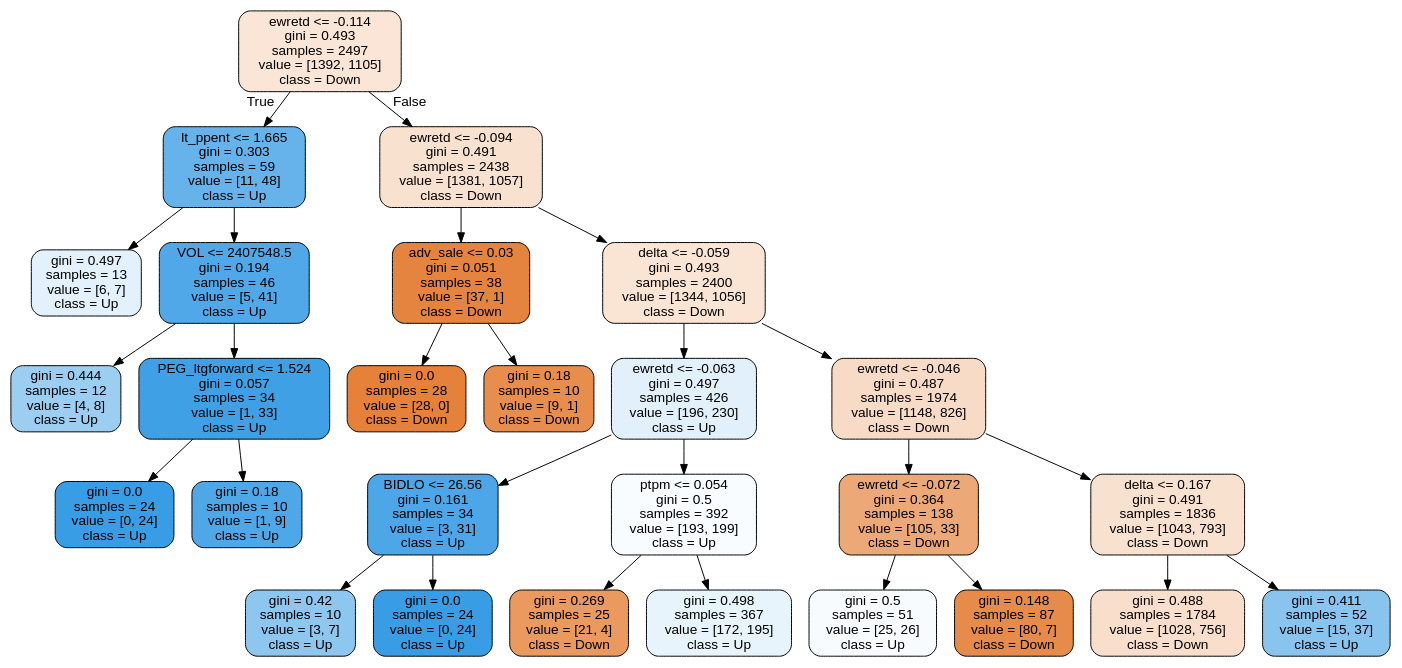
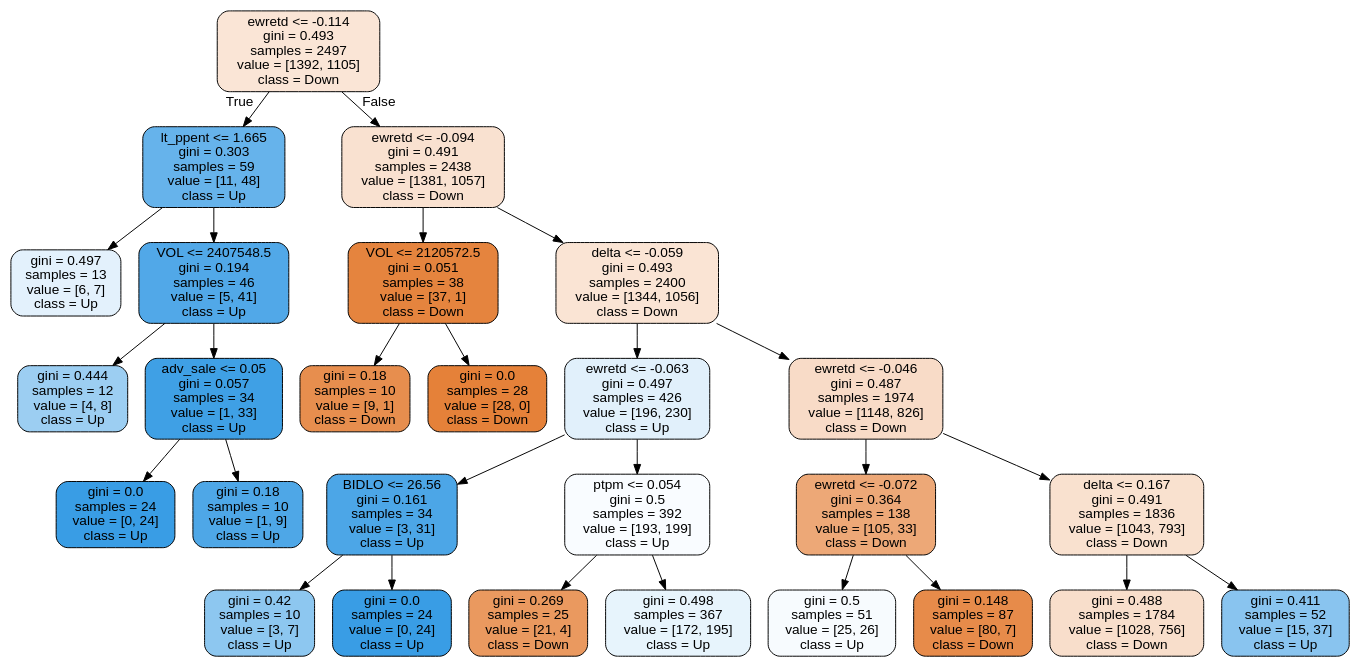
The diagram in tree.dot (bjeffr/Intro_to_Machine_Learning_Group_4), drawn with Graphviz before and after one commit. The commit also changed 2 other files, not shown here.

```diff
--- a/tree.dot
+++ b/tree.dot
@@ -1,57 +1,57 @@
 digraph Tree {
 node [shape=box, style="filled, rounded", color="black", fontname=helvetica] ;
 edge [fontname=helvetica] ;
 0 [label="ewretd <= -0.114\ngini = 0.493\nsamples = 2497\nvalue = [1392, 1105]\nclass = Down", fillcolor="#e5813935"] ;
 1 [label="lt_ppent <= 1.665\ngini = 0.303\nsamples = 59\nvalue = [11, 48]\nclass = Up", fillcolor="#399de5c5"] ;
 0 -> 1 [labeldistance=2.5, labelangle=45, headlabel="True"] ;
 2 [label="gini = 0.497\nsamples = 13\nvalue = [6, 7]\nclass = Up", fillcolor="#399de524"] ;
 1 -> 2 ;
 3 [label="VOL <= 2407548.5\ngini = 0.194\nsamples = 46\nvalue = [5, 41]\nclass = Up", fillcolor="#399de5e0"] ;
 1 -> 3 ;
 4 [label="gini = 0.444\nsamples = 12\nvalue = [4, 8]\nclass = Up", fillcolor="#399de57f"] ;
 3 -> 4 ;
-5 [label="PEG_ltgforward <= 1.524\ngini = 0.057\nsamples = 34\nvalue = [1, 33]\nclass = Up", fillcolor="#399de5f7"] ;
+5 [label="adv_sale <= 0.05\ngini = 0.057\nsamples = 34\nvalue = [1, 33]\nclass = Up", fillcolor="#399de5f7"] ;
 3 -> 5 ;
 6 [label="gini = 0.0\nsamples = 24\nvalue = [0, 24]\nclass = Up", fillcolor="#399de5ff"] ;
 5 -> 6 ;
 7 [label="gini = 0.18\nsamples = 10\nvalue = [1, 9]\nclass = Up", fillcolor="#399de5e3"] ;
 5 -> 7 ;
 8 [label="ewretd <= -0.094\ngini = 0.491\nsamples = 2438\nvalue = [1381, 1057]\nclass = Down", fillcolor="#e581393c"] ;
 0 -> 8 [labeldistance=2.5, labelangle=-45, headlabel="False"] ;
-9 [label="adv_sale <= 0.03\ngini = 0.051\nsamples = 38\nvalue = [37, 1]\nclass = Down", fillcolor="#e58139f8"] ;
+9 [label="VOL <= 2120572.5\ngini = 0.051\nsamples = 38\nvalue = [37, 1]\nclass = Down", fillcolor="#e58139f8"] ;
 8 -> 9 ;
-10 [label="gini = 0.0\nsamples = 28\nvalue = [28, 0]\nclass = Down", fillcolor="#e58139ff"] ;
+10 [label="gini = 0.18\nsamples = 10\nvalue = [9, 1]\nclass = Down", fillcolor="#e58139e3"] ;
 9 -> 10 ;
-11 [label="gini = 0.18\nsamples = 10\nvalue = [9, 1]\nclass = Down", fillcolor="#e58139e3"] ;
+11 [label="gini = 0.0\nsamples = 28\nvalue = [28, 0]\nclass = Down", fillcolor="#e58139ff"] ;
 9 -> 11 ;
 12 [label="delta <= -0.059\ngini = 0.493\nsamples = 2400\nvalue = [1344, 1056]\nclass = Down", fillcolor="#e5813937"] ;
 8 -> 12 ;
 13 [label="ewretd <= -0.063\ngini = 0.497\nsamples = 426\nvalue = [196, 230]\nclass = Up", fillcolor="#399de526"] ;
 12 -> 13 ;
 14 [label="BIDLO <= 26.56\ngini = 0.161\nsamples = 34\nvalue = [3, 31]\nclass = Up", fillcolor="#399de5e6"] ;
 13 -> 14 ;
 15 [label="gini = 0.42\nsamples = 10\nvalue = [3, 7]\nclass = Up", fillcolor="#399de592"] ;
 14 -> 15 ;
 16 [label="gini = 0.0\nsamples = 24\nvalue = [0, 24]\nclass = Up", fillcolor="#399de5ff"] ;
 14 -> 16 ;
 17 [label="ptpm <= 0.054\ngini = 0.5\nsamples = 392\nvalue = [193, 199]\nclass = Up", fillcolor="#399de508"] ;
 13 -> 17 ;
 18 [label="gini = 0.269\nsamples = 25\nvalue = [21, 4]\nclass = Down", fillcolor="#e58139ce"] ;
 17 -> 18 ;
 19 [label="gini = 0.498\nsamples = 367\nvalue = [172, 195]\nclass = Up", fillcolor="#399de51e"] ;
 17 -> 19 ;
 20 [label="ewretd <= -0.046\ngini = 0.487\nsamples = 1974\nvalue = [1148, 826]\nclass = Down", fillcolor="#e5813948"] ;
 12 -> 20 ;
 21 [label="ewretd <= -0.072\ngini = 0.364\nsamples = 138\nvalue = [105, 33]\nclass = Down", fillcolor="#e58139af"] ;
 20 -> 21 ;
 22 [label="gini = 0.5\nsamples = 51\nvalue = [25, 26]\nclass = Up", fillcolor="#399de50a"] ;
 21 -> 22 ;
 23 [label="gini = 0.148\nsamples = 87\nvalue = [80, 7]\nclass = Down", fillcolor="#e58139e9"] ;
 21 -> 23 ;
 24 [label="delta <= 0.167\ngini = 0.491\nsamples = 1836\nvalue = [1043, 793]\nclass = Down", fillcolor="#e581393d"] ;
 20 -> 24 ;
 25 [label="gini = 0.488\nsamples = 1784\nvalue = [1028, 756]\nclass = Down", fillcolor="#e5813943"] ;
 24 -> 25 ;
 26 [label="gini = 0.411\nsamples = 52\nvalue = [15, 37]\nclass = Up", fillcolor="#399de598"] ;
 24 -> 26 ;
 }
```
